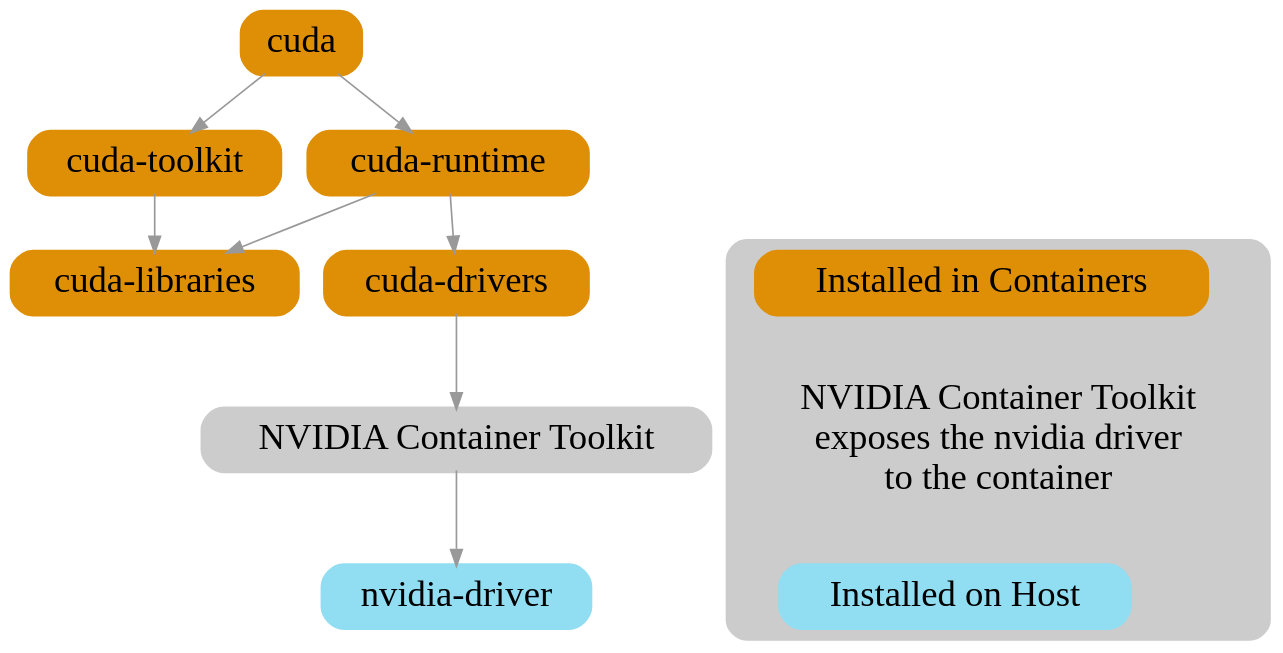
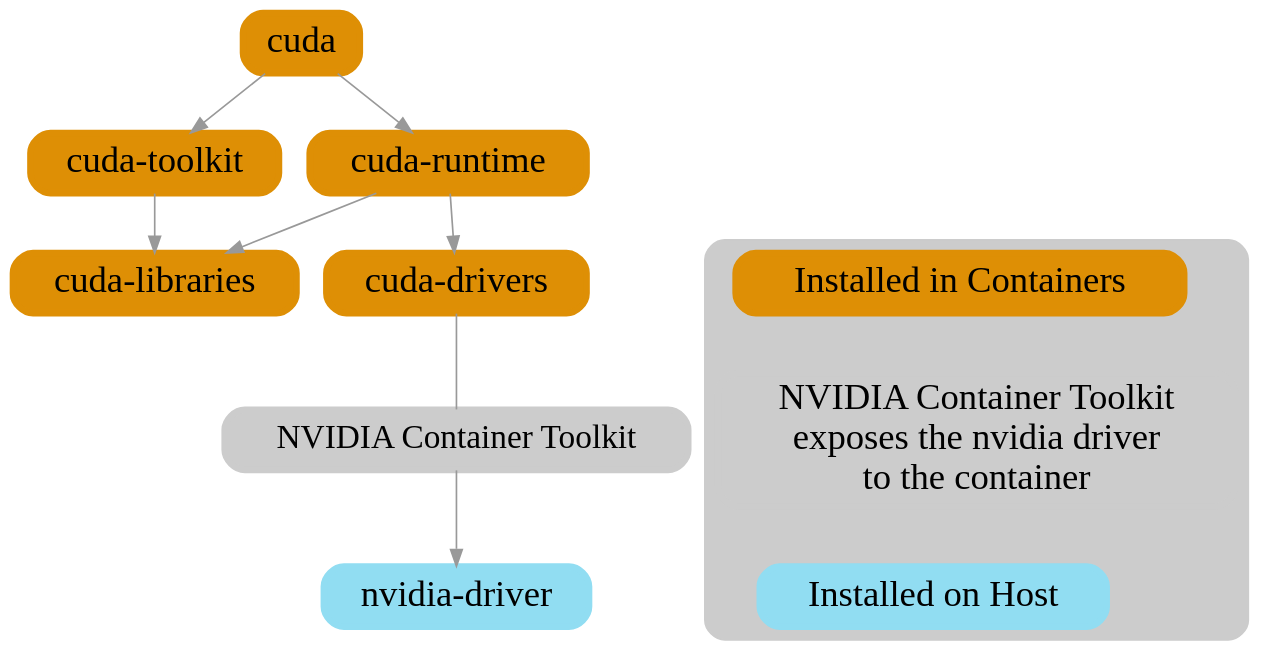
One commit to johnshaughnessy/osai-ubuntu changed the diagram in nvidia-dependencies-simple-2.dot. Above: the diagram before and after it, drawn with Graphviz. The commit also changed 3 other files, not shown here.

First line of the commit message:
Make undirected edge between cuda-drivers and nct

```diff
--- a/nvidia-dependencies-simple-2.dot
+++ b/nvidia-dependencies-simple-2.dot
@@ -1,39 +1,39 @@
 // Generate the image with:
 // dot -Tpng nvidia-dependencies-simple-2.dot -o nvidia-dependencies-simple-2.png
 
 digraph dependencies {
     pad=0.2
     bgcolor=transparent
     edge [color="#999999"];
 
     node [shape=box, style="rounded,filled", color="#de8f05", fontcolor="black", penwidth=4, fontsize=22];
 
     "cuda" -> "cuda-runtime";
     "cuda" -> "cuda-toolkit";
     "cuda-runtime" -> "cuda-libraries";
     "cuda-runtime" -> "cuda-drivers";
     "cuda-toolkit" -> "cuda-libraries";
-    "cuda-drivers" -> "label"
-    "label" -> "nvidia-driver" ;
-    "label" [color="#cccccc", style="rounded,filled", fontsize="22", fontcolor="black", label="NVIDIA Container Toolkit",]
+    "cuda-drivers" -> "label" [dir="none"]
+    "label" -> "nvidia-driver";
+    "label" [color="#cccccc", style="rounded,filled", fontsize="20", fontcolor="black", label="NVIDIA Container Toolkit",]
 
     "nvidia-driver" [color="#91DDF2", fontcolor="black"];
 
     subgraph cluster_legend {
         style="rounded,filled";
         color="#cccccc";
         edge [style=invis];
         docker [label="Installed in Containers", shape=box, style="rounded,filled", color="#de8f05", fontcolor="black"];
         host [label="Installed on Host", shape=box, style="rounded,filled", color="#91DDF2", fontcolor="black"];
         docker -> label2
         label2 -> host
         "label2" [color="#cccccc", style="rounded,filled", fontsize="22", fontcolor="black", label="NVIDIA Container Toolkit \n exposes the nvidia driver\nto the container",]
     }
 
     // "docker" -> "host"
     // HACK: Use invisible nodes to create space
 
     docker -> label [style="invis"];
     label -> host [style="invis"];
 
 }
```
